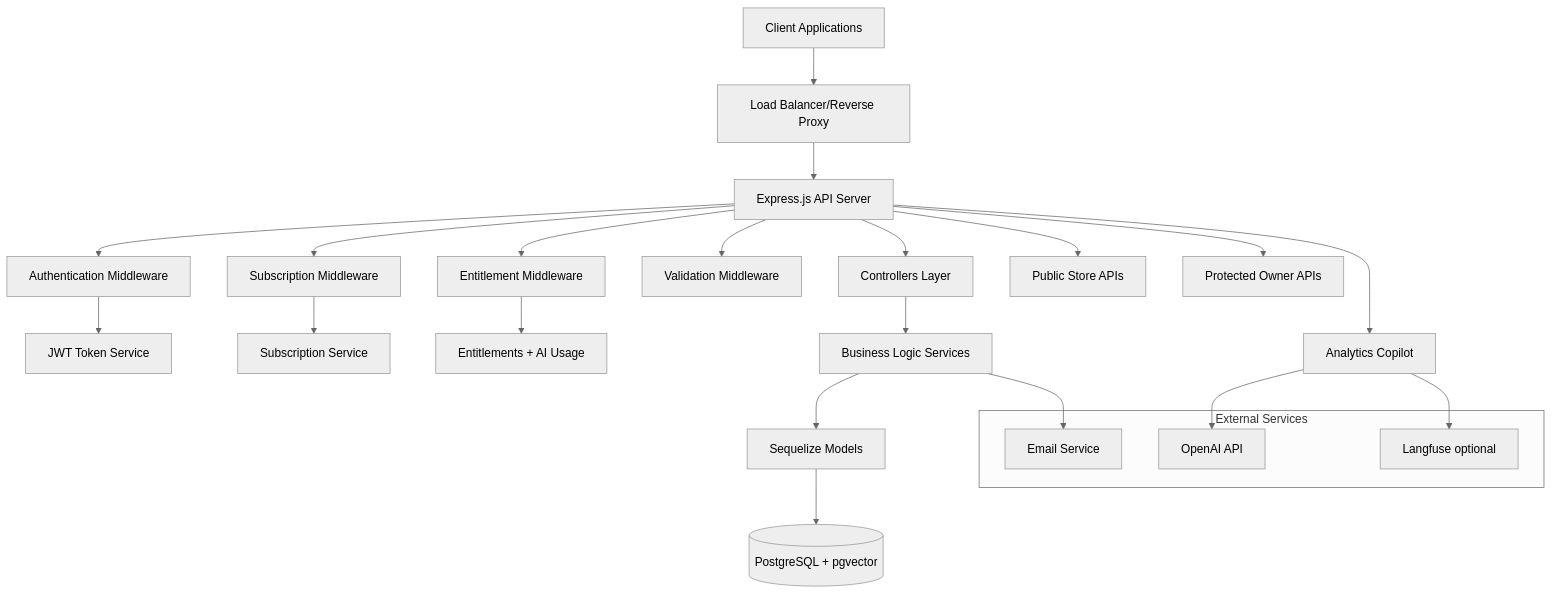
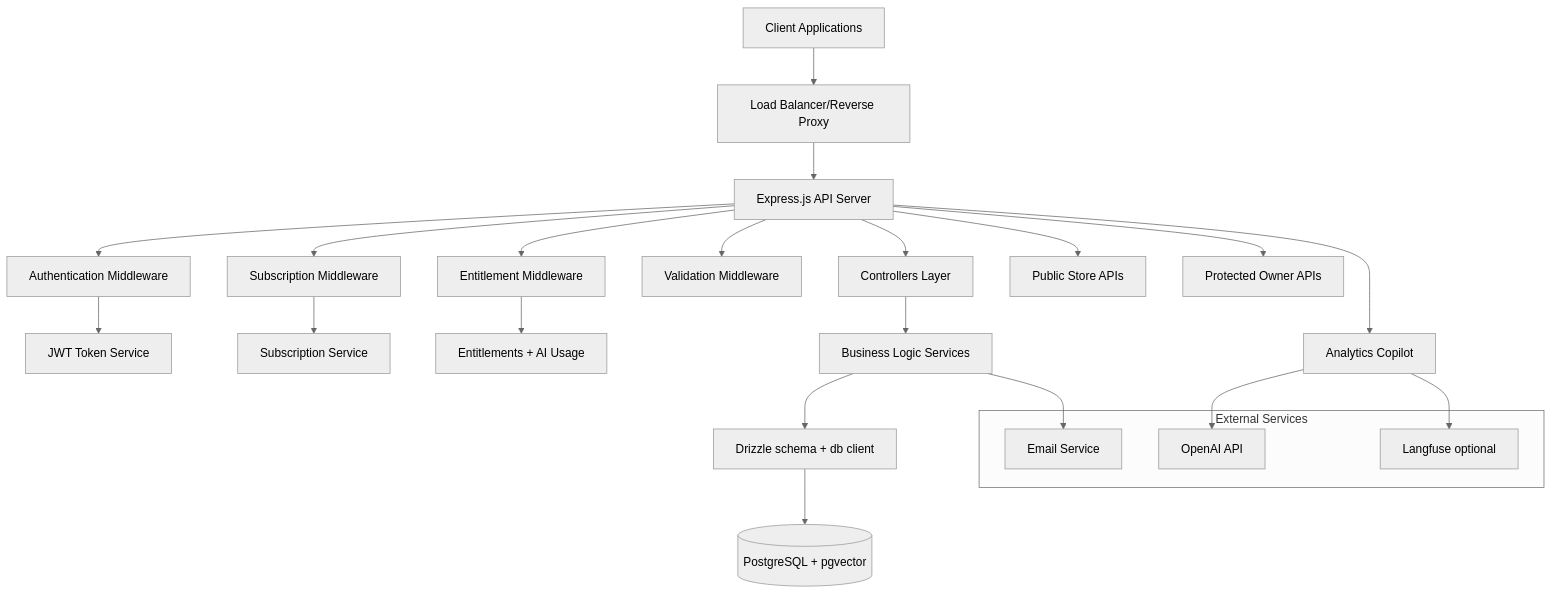
One commit to fmahin7-ship-it/UddoktaHut-Backend changed the first of 12 diagrams in docs/ARCHITECTURE.md. Above: the diagram before and after it, drawn with Mermaid (neutral theme). The commit also changed other lines of this file and 323 other files, not shown here.

Commit message:
Migrate backend to TypeScript, Drizzle, and production-ready Node runtime. Replace Sequelize/JS with strict TS modular monolith, drizzle migrations (baseline + seeds + drop plans.price), Docker/CI, and harden auth/AI paths for Render (build+migrate+seed).

````diff
--- a/docs/ARCHITECTURE.md
+++ b/docs/ARCHITECTURE.md
@@ -11,33 +11,33 @@
 ```mermaid
 graph TB
     Client[Client Applications] --> LB[Load Balancer/Reverse Proxy]
     LB --> API[Express.js API Server]
 
     API --> Auth[Authentication Middleware]
     API --> Sub[Subscription Middleware]
     API --> Ent[Entitlement Middleware]
     API --> Valid[Validation Middleware]
 
     Auth --> JWT[JWT Token Service]
     Sub --> SubService[Subscription Service]
     Ent --> EntSvc[Entitlements + AI Usage]
 
     API --> Controllers[Controllers Layer]
     Controllers --> Services[Business Logic Services]
-    Services --> Models[Sequelize Models]
+    Services --> Models[Drizzle schema + db client]
     Models --> DB[(PostgreSQL + pgvector)]
 
     API --> Public[Public Store APIs]
     API --> Protected[Protected Owner APIs]
     API --> AiCopilot["Analytics Copilot"]
 
     subgraph "External Services"
         Email[Email Service]
         OpenAI[OpenAI API]
         Langfuse[Langfuse optional]
     end
 
     Services --> Email
     AiCopilot --> OpenAI
     AiCopilot --> Langfuse
 ```
````
